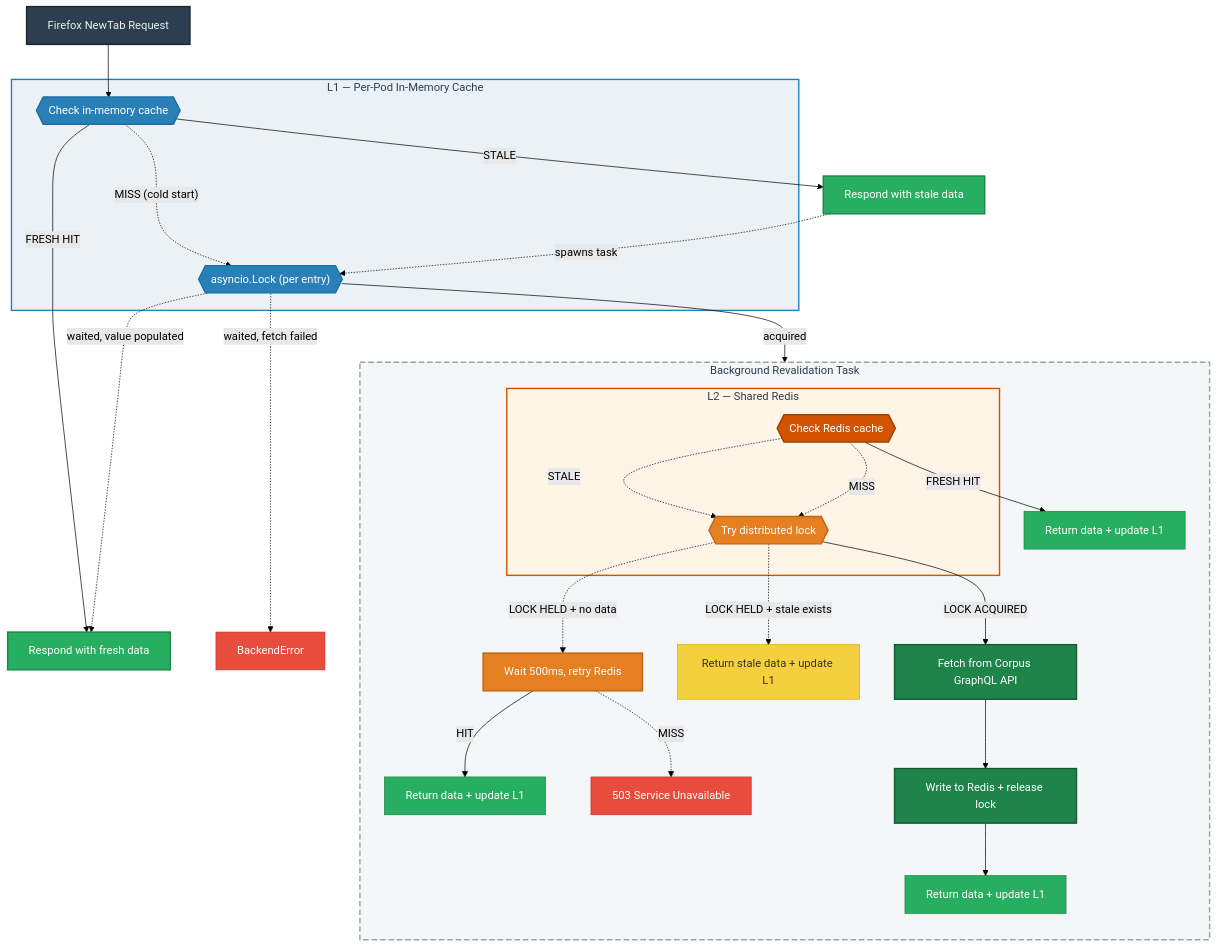
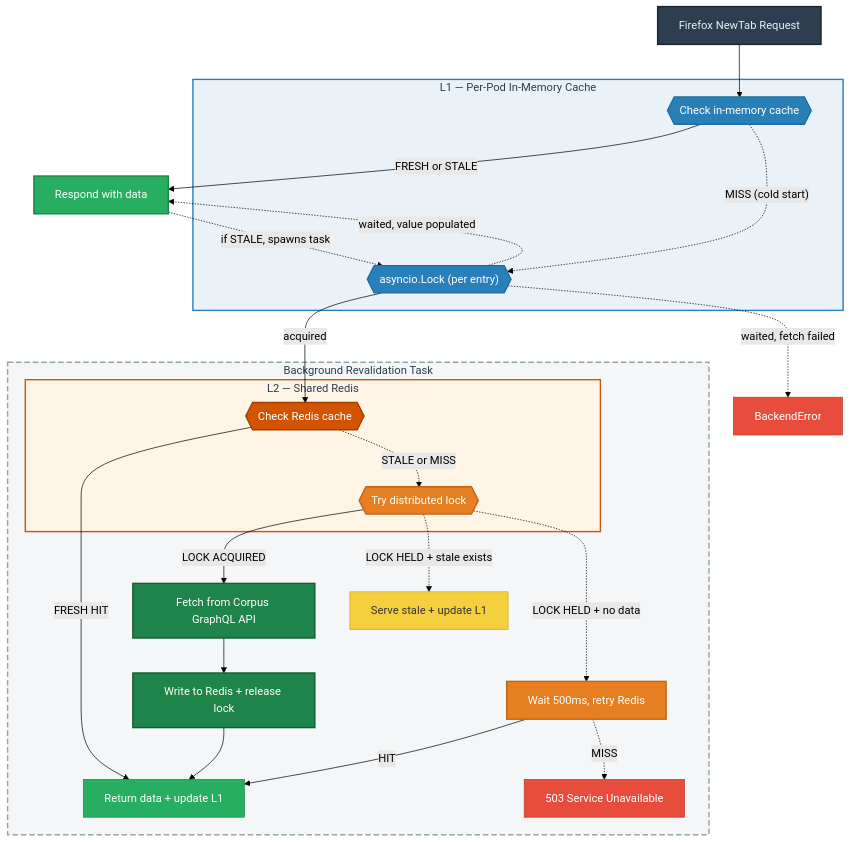
One commit to mozilla-services/merino-py changed the diagram in docs/operations/curated-recommendations/corpus-cache.md. Above: the diagram before and after it, drawn with Mermaid (forest theme).

Commit message:
Simplify diagram: consolidate duplicate nodes, improve layout
- Merge FRESH/STALE L1 responses into single "Respond with data" node
- Consolidate three "Return data + update L1" terminal nodes into one
- Combine "STALE" and "MISS" L2 branches into "STALE or MISS"
- Reduces node count from 18 to 14, producing a much more compact layout

````diff
--- a/docs/operations/curated-recommendations/corpus-cache.md
+++ b/docs/operations/curated-recommendations/corpus-cache.md
@@ -11,75 +11,66 @@
 ```mermaid
 flowchart TB
     req["Firefox NewTab Request"]
 
     subgraph L1 ["L1 — Per-Pod In-Memory Cache"]
         check_l1{{"Check in-memory cache"}}
         l1_lock{{"asyncio.Lock (per entry)"}}
     end
 
-    respond_fresh["Respond with fresh data"]
-    respond_stale["Respond with stale data"]
+    respond["Respond with data"]
     return_error["BackendError"]
 
     subgraph bg ["Background Revalidation Task"]
-        direction TB
 
         subgraph L2 ["L2 — Shared Redis"]
             check_l2{{"Check Redis cache"}}
             acquire_lock{{"Try distributed lock"}}
         end
 
         api["Fetch from Corpus GraphQL API"]
         write["Write to Redis + release lock"]
         retry_redis["Wait 500ms, retry Redis"]
-        done_l2["Return data + update L1"]
-        done_api["Return data + update L1"]
-        done_retry["Return data + update L1"]
-        serve_stale["Return stale data + update L1"]
+        serve_stale["Serve stale + update L1"]
+        return_data["Return data + update L1"]
         return_503["503 Service Unavailable"]
     end
 
     req --> check_l1
 
-    check_l1 -- "FRESH HIT" --> respond_fresh
-    check_l1 -- "STALE" --> respond_stale
+    check_l1 -- "FRESH or STALE" --> respond
     check_l1 -. "MISS (cold start)" .-> l1_lock
 
-    respond_stale -. "spawns task" .-> l1_lock
+    respond -. "if STALE, spawns task" .-> l1_lock
     l1_lock -- "acquired" --> check_l2
-    l1_lock -. "waited, value populated" .-> respond_fresh
+    l1_lock -. "waited, value populated" .-> respond
     l1_lock -. "waited, fetch failed" .-> return_error
 
-    check_l2 -- "FRESH HIT" --> done_l2
-    check_l2 -. "STALE" .-> acquire_lock
-    check_l2 -. "MISS" .-> acquire_lock
+    check_l2 -- "FRESH HIT" --> return_data
+    check_l2 -. "STALE or MISS" .-> acquire_lock
 
     acquire_lock -- "LOCK ACQUIRED" --> api
     acquire_lock -. "LOCK HELD + stale exists" .-> serve_stale
     acquire_lock -. "LOCK HELD + no data" .-> retry_redis
 
-    retry_redis -- "HIT" --> done_retry
+    retry_redis -- "HIT" --> return_data
     retry_redis -. "MISS" .-> return_503
 
-    api --> write --> done_api
+    api --> write --> return_data
 
     style req fill:#2c3e50,stroke:#1a252f,color:#ecf0f1,stroke-width:2px
     style check_l1 fill:#2980b9,stroke:#1f6da0,color:#fff,stroke-width:2px
     style l1_lock fill:#2980b9,stroke:#1f6da0,color:#fff,stroke-width:2px
     style check_l2 fill:#d35400,stroke:#a04000,color:#fff,stroke-width:2px
     style acquire_lock fill:#e67e22,stroke:#bf6516,color:#fff,stroke-width:2px
     style api fill:#1e8449,stroke:#145a32,color:#fff,stroke-width:2px
     style write fill:#1e8449,stroke:#145a32,color:#fff,stroke-width:2px
-    style respond_fresh fill:#27ae60,stroke:#1e8449,color:#fff,stroke-width:2px
-    style respond_stale fill:#27ae60,stroke:#1e8449,color:#fff,stroke-width:2px
+    style respond fill:#27ae60,stroke:#1e8449,color:#fff,stroke-width:2px
     style serve_stale fill:#f4d03f,stroke:#d4ac0f,color:#333
     style retry_redis fill:#e67e22,stroke:#bf6516,color:#fff,stroke-width:2px
-    style done_l2 fill:#27ae60,stroke:#1e8449,color:#fff
-    style done_api fill:#27ae60,stroke:#1e8449,color:#fff
-    style done_retry fill:#27ae60,stroke:#1e8449,color:#fff
+    style return_data fill:#27ae60,stroke:#1e8449,color:#fff
     style return_503 fill:#e74c3c,stroke:#c0392b,color:#fff
     style return_error fill:#e74c3c,stroke:#c0392b,color:#fff
     style L1 fill:#eaf2f8,stroke:#2980b9,stroke-width:2px,color:#2c3e50
     style L2 fill:#fef5e7,stroke:#d35400,stroke-width:2px,color:#2c3e50
     style bg fill:#f4f6f7,stroke:#95a5a6,stroke-width:2px,stroke-dasharray: 8 4,color:#2c3e50
 ```
````
